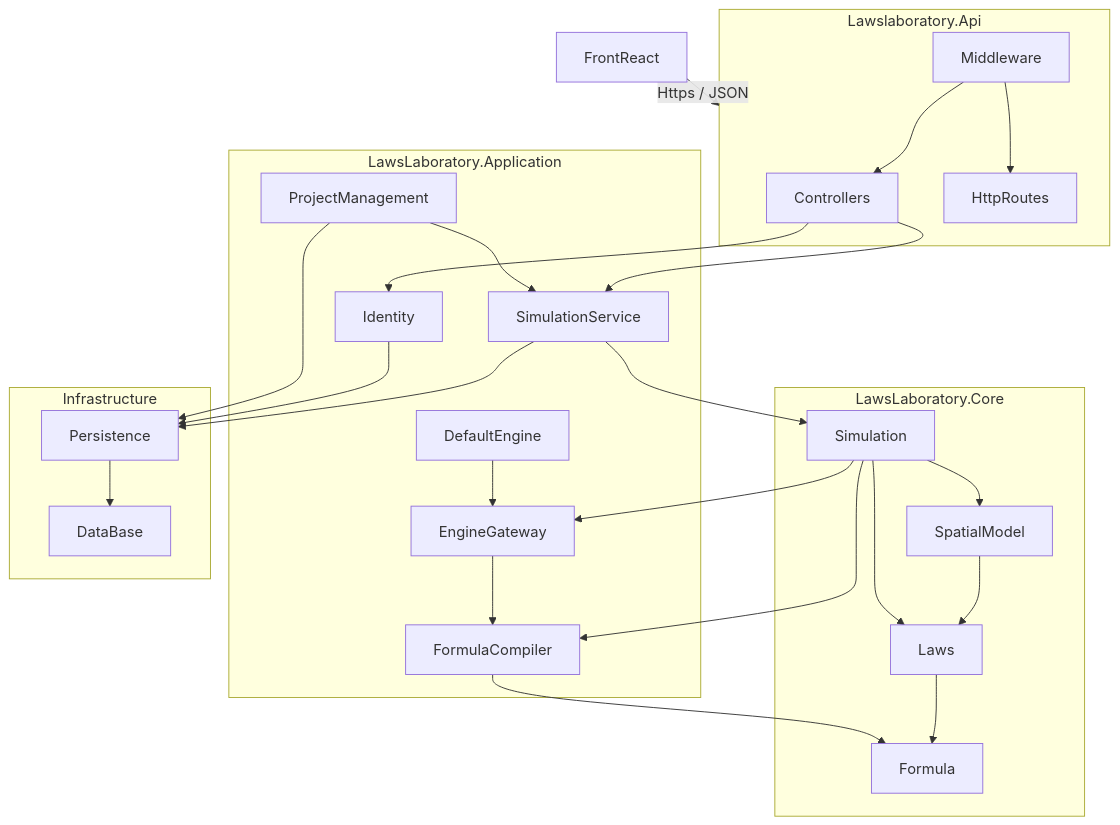
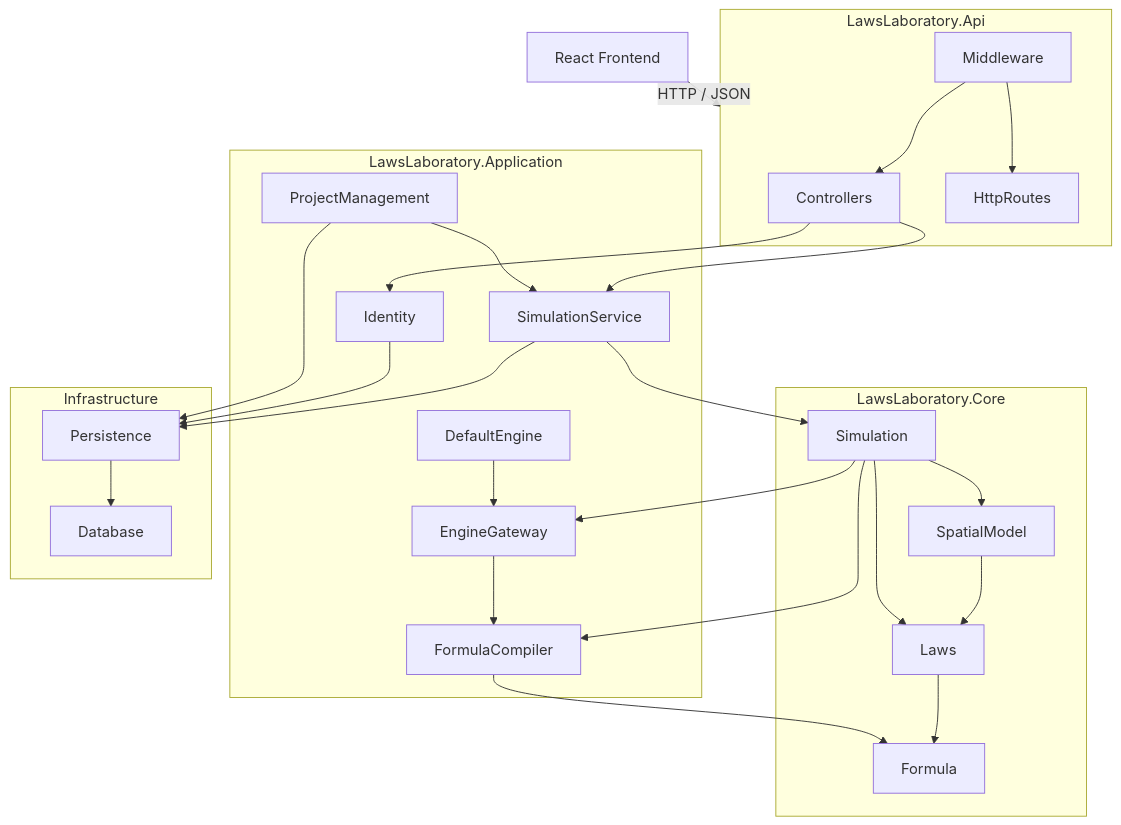
The first of 2 diagrams in docs/Architecture.md (A0-Cr3at0r/LawsLaboratory), drawn with Mermaid before and after one commit. The commit also changed 28 other files, not shown here.

Commit message:
Les bases architecturales sont posées

````diff
--- a/docs/Architecture.md
+++ b/docs/Architecture.md
@@ -95,62 +95,62 @@
 ```mermaid
 graph TD
 
-subgraph Lawslaboratory.Api
+subgraph LawsLaboratory.Api
     Controllers
     HttpRoutes
     Middleware
 end
 
 subgraph LawsLaboratory.Application
     DefaultEngine
     EngineGateway
     FormulaCompiler
     Identity
     ProjectManagement
     SimulationService
 end
 
 subgraph LawsLaboratory.Core
     Formula
     Laws
     Simulation
     SpatialModel
 end
 
 subgraph Infrastructure
-    DataBase
+    Database
     Persistence
 end
 
-Frontend[FrontReact] 
+Frontend[React Frontend] 
 
-Frontend -->|Https / JSON| Lawslaboratory.Api
+Frontend -->|HTTP / JSON| LawsLaboratory.Api
 
 Middleware --> HttpRoutes
 Middleware --> Controllers
 
 Controllers --> SimulationService
 Controllers --> Identity
 
 DefaultEngine --> EngineGateway
 EngineGateway --> FormulaCompiler
 ProjectManagement --> SimulationService
 
 SimulationService --> Simulation
 Laws --> Formula
 SpatialModel --> Laws
 Simulation --> SpatialModel
 Simulation --> Laws
 
 Simulation -->FormulaCompiler
 Simulation --> EngineGateway
 FormulaCompiler --> Formula
 
-Persistence --> DataBase
+Persistence --> Database
 SimulationService --> Persistence
 Identity --> Persistence
 ProjectManagement --> Persistence
 
 
 
 ```
````
